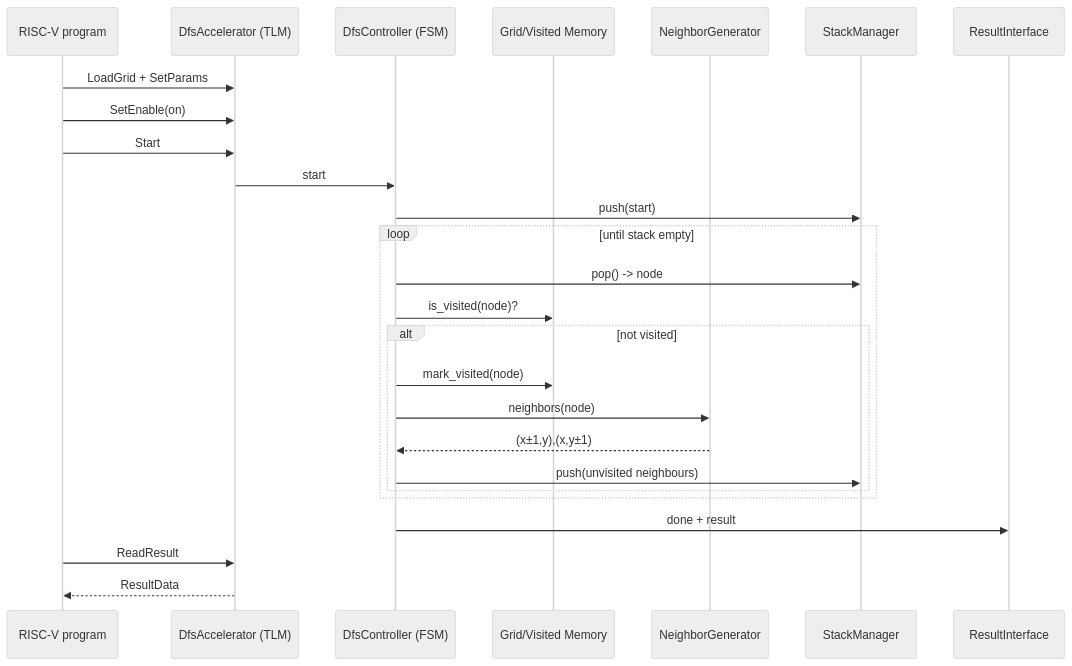
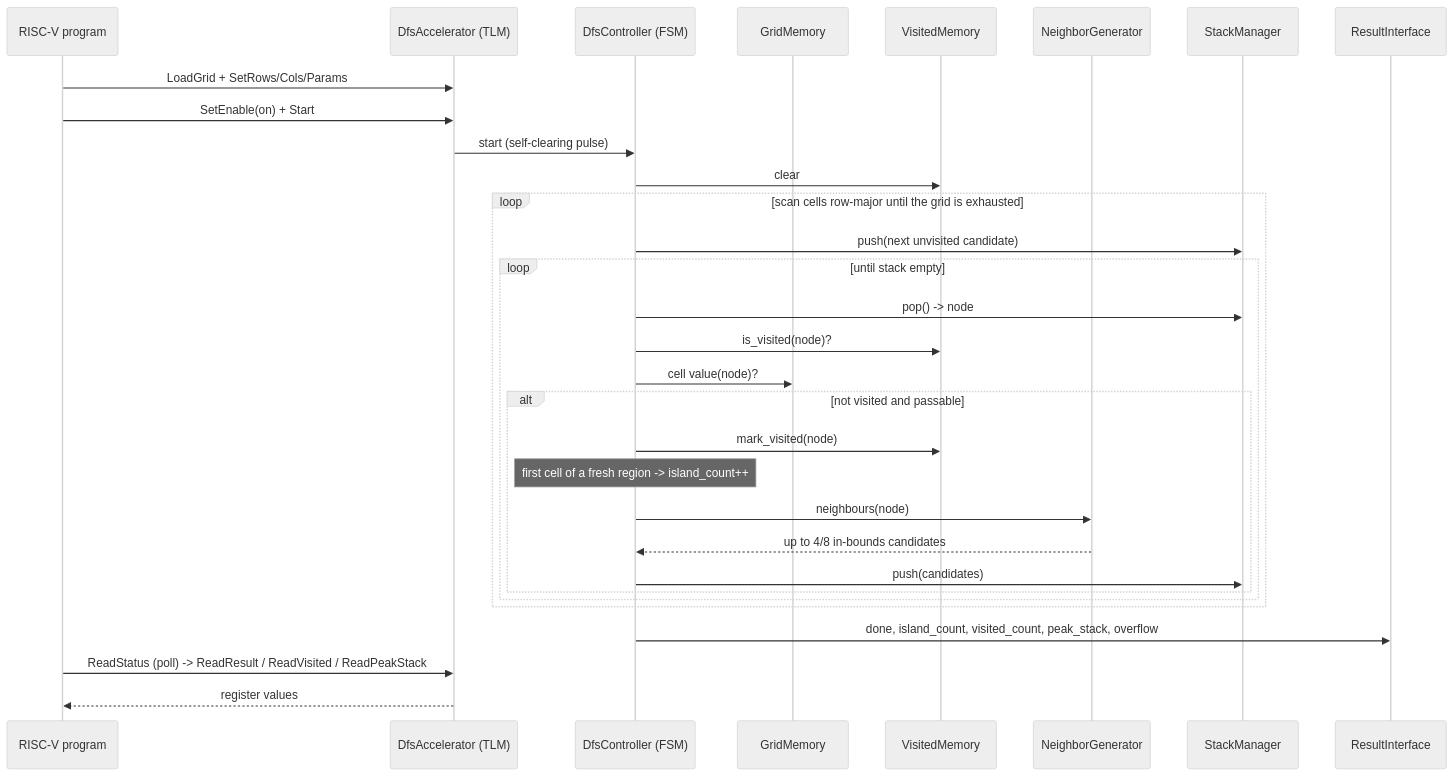
The second of 2 diagrams in README.md (Team-Diseno-de-Alto-Nivel/mp6160-riscv-dfs-accelerator), drawn with Mermaid (neutral theme) before and after one commit. The commit also changed other lines of this file and 13 other files, not shown here.

Commit message:
Add 8-connectivity, stack overflow reporting, and full INT-1 integration (real DfsAccelerator, not mock) (#77)

````diff
--- a/README.md
+++ b/README.md
@@ -208,29 +222,34 @@
 ```mermaid
 sequenceDiagram
     participant P as RISC-V program
     participant A as DfsAccelerator (TLM)
     participant C as DfsController (FSM)
-    participant M as Grid/Visited Memory
+    participant G as GridMemory
+    participant V as VisitedMemory
     participant N as NeighborGenerator
     participant S as StackManager
     participant R as ResultInterface
 
-    P->>A: LoadGrid + SetParams
-    P->>A: SetEnable(on)
-    P->>A: Start
-    A->>C: start
-    C->>S: push(start)
-    loop until stack empty
-        C->>S: pop() -> node
-        C->>M: is_visited(node)?
-        alt not visited
-            C->>M: mark_visited(node)
-            C->>N: neighbors(node)
-            N-->>C: (x±1,y),(x,y±1)
-            C->>S: push(unvisited neighbours)
+    P->>A: LoadGrid + SetRows/Cols/Params
+    P->>A: SetEnable(on) + Start
+    A->>C: start (self-clearing pulse)
+    C->>V: clear
+    loop scan cells row-major until the grid is exhausted
+        C->>S: push(next unvisited candidate)
+        loop until stack empty
+            C->>S: pop() -> node
+            C->>V: is_visited(node)?
+            C->>G: cell value(node)?
+            alt not visited and passable
+                C->>V: mark_visited(node)
+                Note over C: first cell of a fresh region -> island_count++
+                C->>N: neighbours(node)
+                N-->>C: up to 4/8 in-bounds candidates
+                C->>S: push(candidates)
+            end
         end
     end
-    C->>R: done + result
-    P->>A: ReadResult
-    A-->>P: ResultData
+    C->>R: done, island_count, visited_count, peak_stack, overflow
+    P->>A: ReadStatus (poll) -> ReadResult / ReadVisited / ReadPeakStack
+    A-->>P: register values
 ```
````
